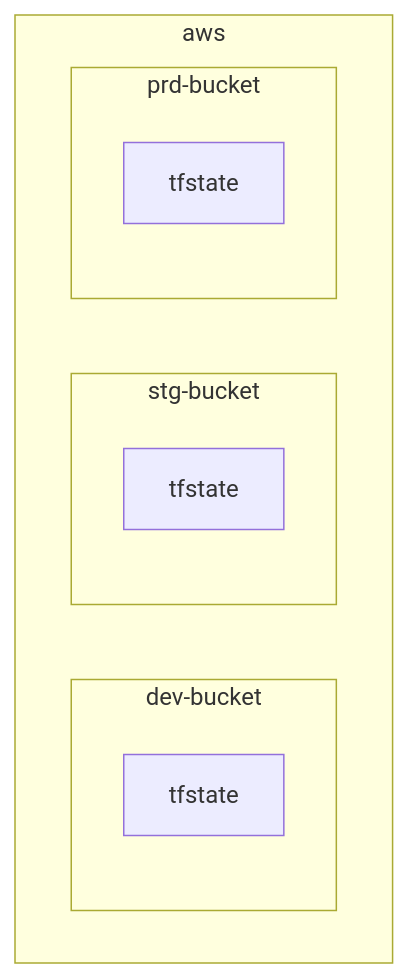
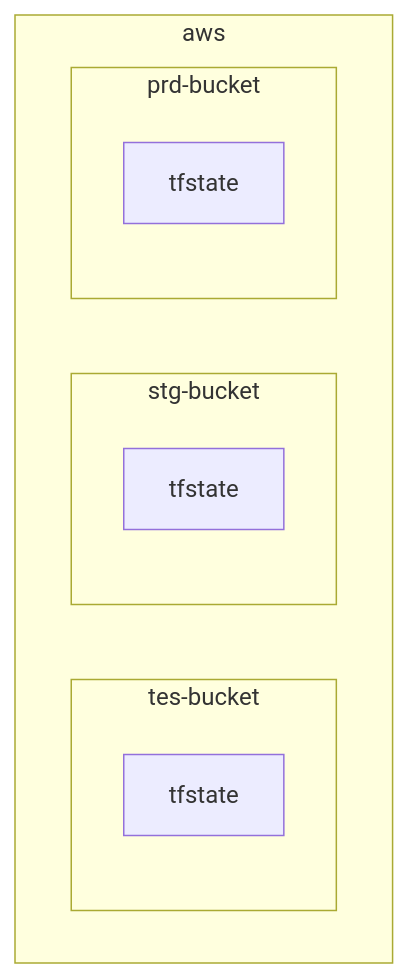
The sixth of 7 diagrams in dist/draft/Terraformのtfstateファイルの分割手法.md (hiroki-it/hatenablog), drawn with Mermaid before and after one commit. The commit also changed other lines of this file, not shown here.

````diff
--- a/dist/draft/Terraformのtfstateファイルの分割手法.md
+++ b/dist/draft/Terraformのtfstateファイルの分割手法.md
@@ -566,15 +600,15 @@
 ```mermaid
 %%{init:{'theme':'natural'}}%%
 flowchart TB
     subgraph aws
-        subgraph dev-bucket
-            Dev[tfstate]
+        subgraph tes-bucket
+            Tes[tfstate]
         end
         subgraph stg-bucket
             Stg[tfstate]
         end
         subgraph prd-bucket
             Prd[tfstate]
         end
     end
 ```
````
